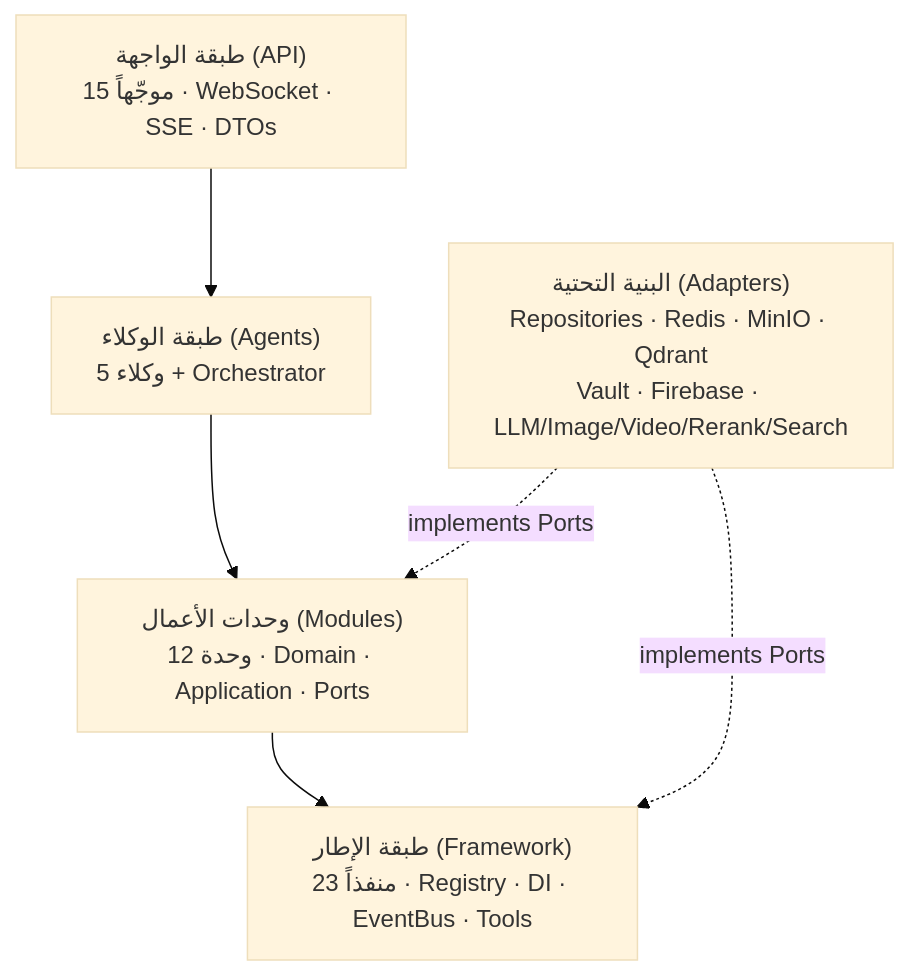
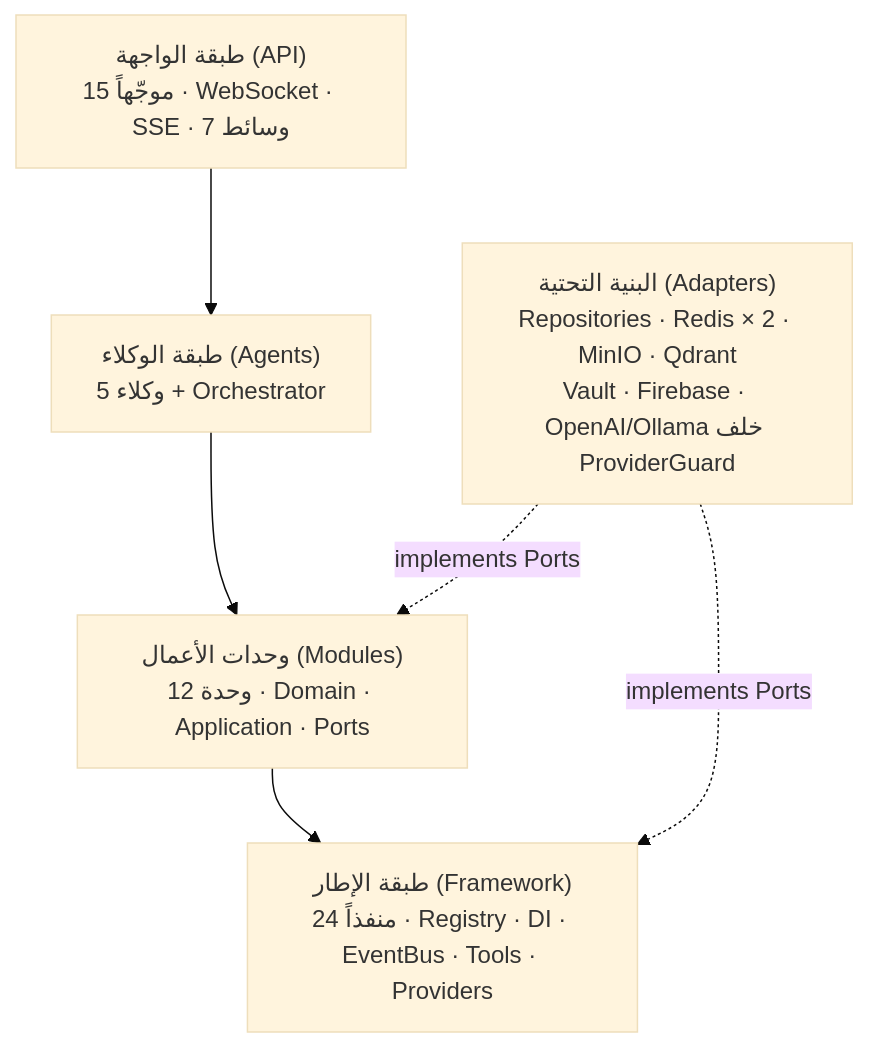
One commit to anastawahia/aizzak changed the third of 8 diagrams in docs/architecture.md. Above: the diagram before and after it, drawn with Mermaid (base theme). The commit also changed other lines of this file and 1 other file, not shown here.

First line of the commit message:
docs: sync architecture doc to current code (v2.1)

````diff
--- a/docs/architecture.md
+++ b/docs/architecture.md
@@ -220,14 +257,14 @@
 ```mermaid
 graph TD
-    API["طبقة الواجهة (API)<br/>15 موجّهاً · WebSocket · SSE · DTOs"]
+    API["طبقة الواجهة (API)<br/>15 موجّهاً · WebSocket · SSE · 7 وسائط"]
     Agents["طبقة الوكلاء (Agents)<br/>5 وكلاء + Orchestrator"]
     Modules["وحدات الأعمال (Modules)<br/>12 وحدة · Domain · Application · Ports"]
-    Framework["طبقة الإطار (Framework)<br/>23 منفذاً · Registry · DI · EventBus · Tools"]
-    Infra["البنية التحتية (Adapters)<br/>Repositories · Redis · MinIO · Qdrant<br/>Vault · Firebase · LLM/Image/Video/Rerank/Search"]
+    Framework["طبقة الإطار (Framework)<br/>24 منفذاً · Registry · DI · EventBus · Tools · Providers"]
+    Infra["البنية التحتية (Adapters)<br/>Repositories · Redis × 2 · MinIO · Qdrant<br/>Vault · Firebase · OpenAI/Ollama خلف ProviderGuard"]
 
     API --> Agents
     Agents --> Modules
     Modules --> Framework
     Infra -. implements Ports .-> Modules
     Infra -. implements Ports .-> Framework
 ```
````
